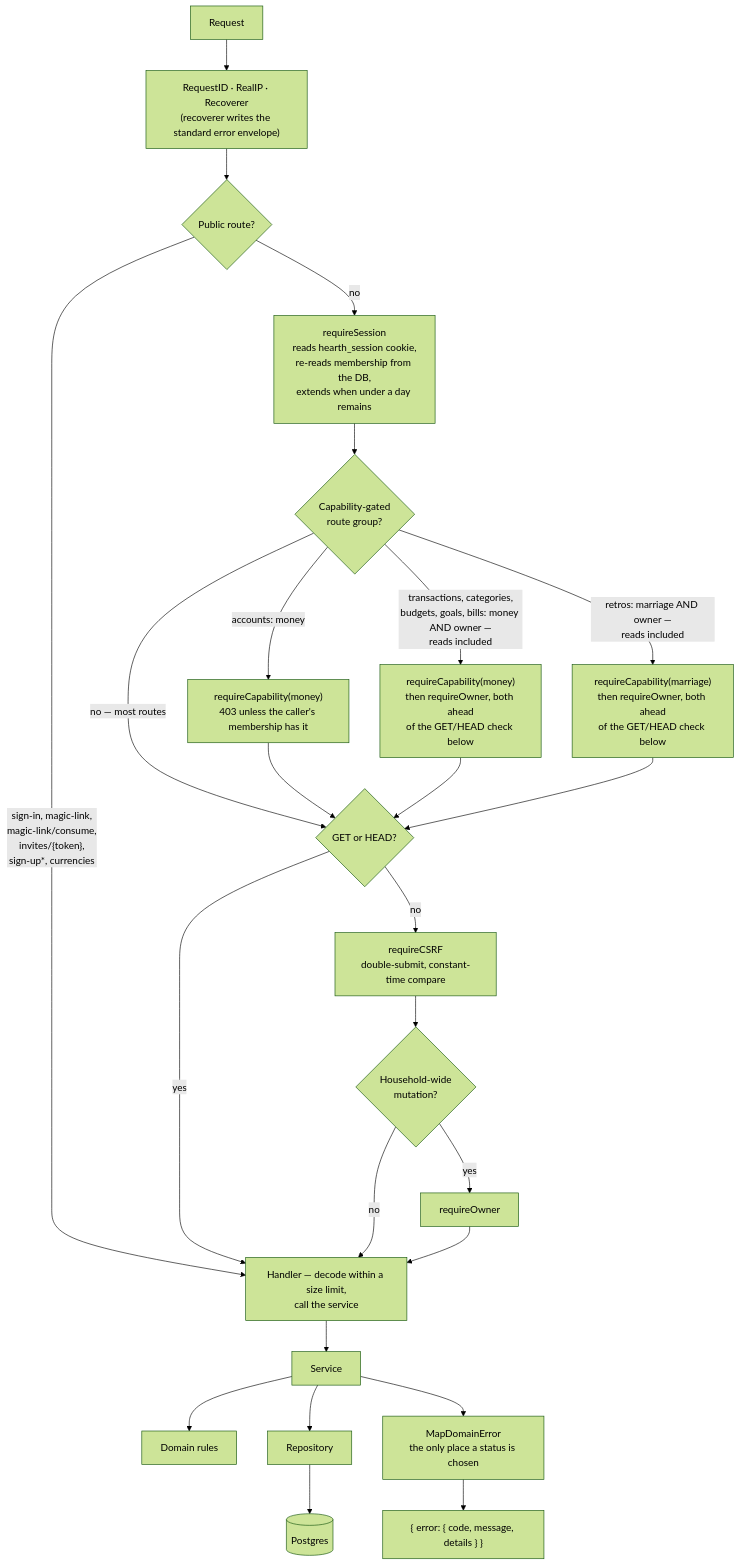
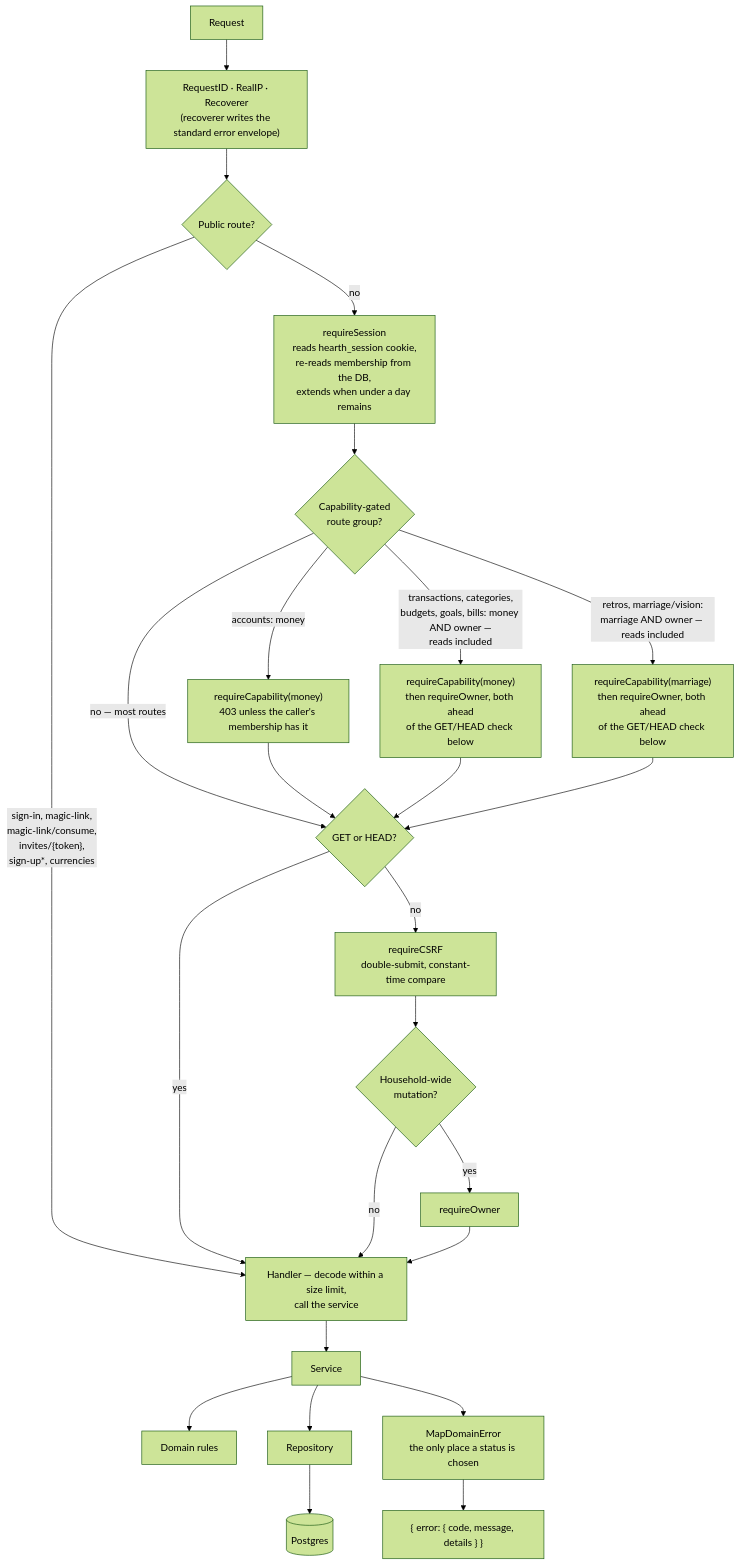
The fourth of 17 diagrams in docs/SYSTEM_DESIGN.md (oandrz/Household), drawn with Mermaid (forest theme) before and after one commit. The commit also changed other lines of this file and 76 other files, not shown here.

First line of the commit message:
Vision & goals — Marriage's second page (#13)

````diff
--- a/docs/SYSTEM_DESIGN.md
+++ b/docs/SYSTEM_DESIGN.md
@@ -376,31 +401,31 @@
 ```mermaid
 graph TD
     Req["Request"] --> RID["RequestID · RealIP · Recoverer<br/>(recoverer writes the standard error envelope)"]
     RID --> Public{"Public route?"}
 
     Public -->|"sign-in, magic-link,<br/>magic-link/consume,<br/>invites/{token},<br/>sign-up*, currencies"| Handler
     Public -->|no| Session["requireSession<br/>reads hearth_session cookie,<br/>re-reads membership from the DB,<br/>extends when under a day remains"]
 
     Session --> Cap{"Capability-gated<br/>route group?"}
     Cap -->|"accounts: money"| RequireCap["requireCapability(money)<br/>403 unless the caller's membership has it"]
     Cap -->|"transactions, categories,<br/>budgets, goals, bills: money AND owner —<br/>reads included"| RequireCapTxn["requireCapability(money)<br/>then requireOwner, both ahead<br/>of the GET/HEAD check below"]
-    Cap -->|"retros: marriage AND owner —<br/>reads included"| RequireCapRetro["requireCapability(marriage)<br/>then requireOwner, both ahead<br/>of the GET/HEAD check below"]
+    Cap -->|"retros, marriage/vision:<br/>marriage AND owner — reads included"| RequireCapRetro["requireCapability(marriage)<br/>then requireOwner, both ahead<br/>of the GET/HEAD check below"]
     Cap -->|"no — most routes"| Safe{"GET or HEAD?"}
     RequireCap --> Safe
     RequireCapTxn --> Safe
     RequireCapRetro --> Safe
     Safe -->|yes| Handler
     Safe -->|no| CSRF["requireCSRF<br/>double-submit, constant-time compare"]
 
     CSRF --> Owner{"Household-wide<br/>mutation?"}
     Owner -->|yes| RequireOwner["requireOwner"]
     Owner -->|no| Handler
     RequireOwner --> Handler
 
     Handler["Handler — decode within a size limit,<br/>call the service"] --> Service["Service"]
     Service --> Domain["Domain rules"]
     Service --> Repo["Repository"]
     Repo --> DB[("Postgres")]
     Service --> MapErr["MapDomainError<br/>the only place a status is chosen"]
     MapErr --> Resp["{ error: { code, message, details } }"]
 ```
````
